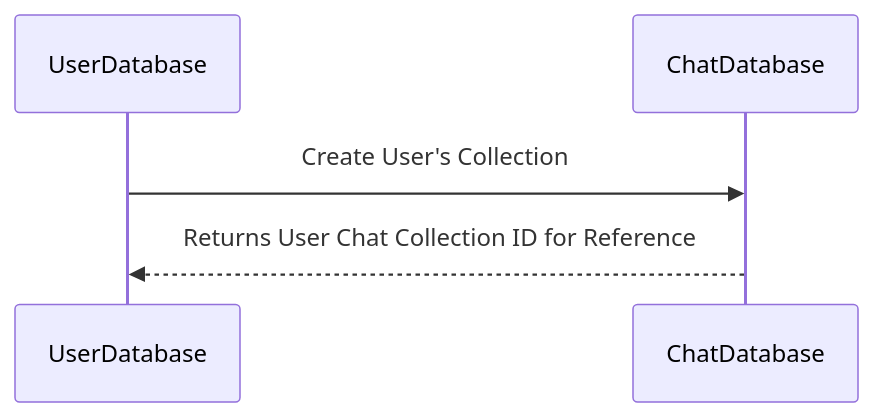
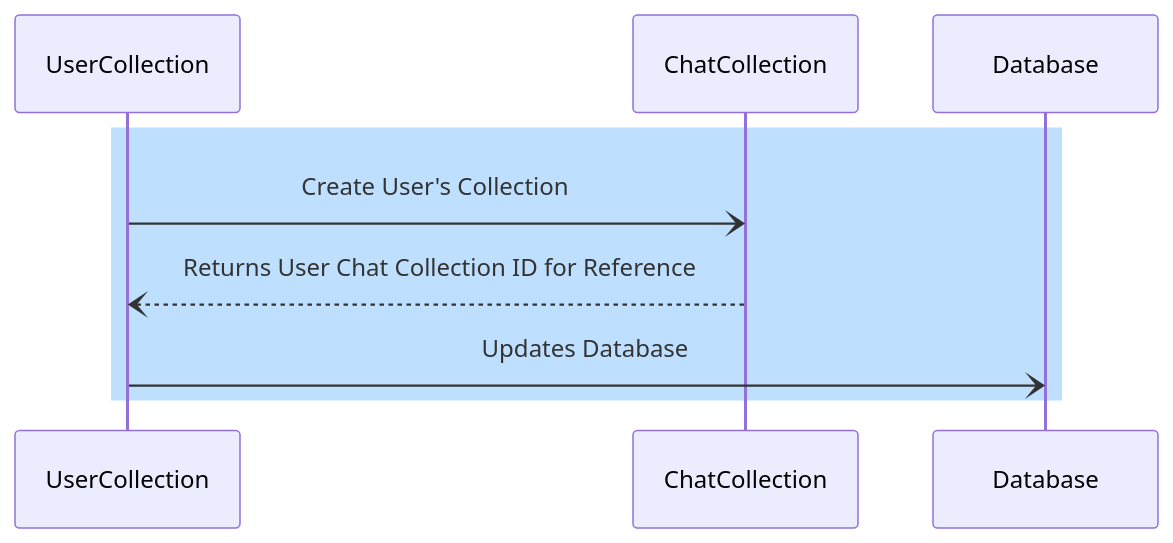
The diagram in Diagrams/NewUserFunction.mmd (shinobiseb/chat-messenger-momo-NEXTJS), drawn with Mermaid before and after one commit. The commit also changed 1 other file, not shown here.

Commit message:
updated diagrams

```diff
--- a/Diagrams/NewUserFunction.mmd
+++ b/Diagrams/NewUserFunction.mmd
@@ -1,8 +1,9 @@
 sequenceDiagram
 %% Nodes
-UserDatabase->>ChatDatabase: Create User's Collection
-ChatDatabase-->>UserDatabase: Returns User Chat Collection ID for Reference
+    rect rgb(191, 223, 255)
+        UserCollection-)ChatCollection: Create User's Collection
+        ChatCollection--)UserCollection: Returns User Chat Collection ID for Reference
+        UserCollection-)Database: Updates Database
+    end
 
-%% NewUser Function
-%% Chat Interactions
 %% How Users keep their chats
```
